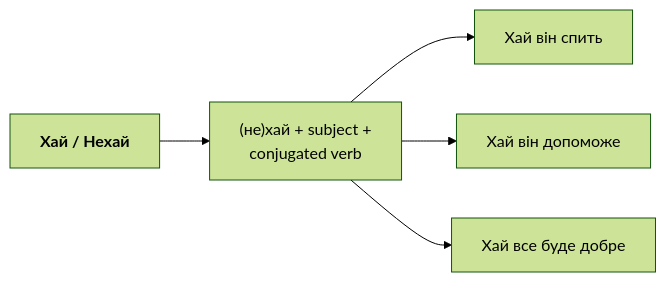
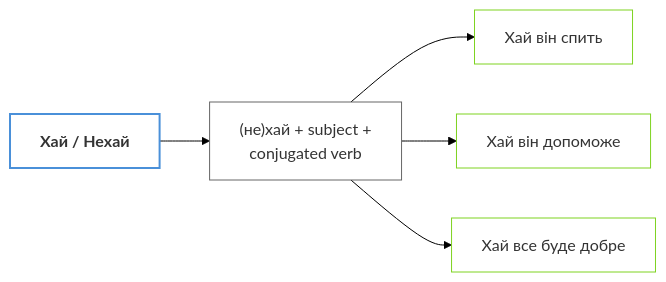
One commit to learn-ukrainian/learn-ukrainian.github.io changed the second of 3 diagrams in curriculum/l2-uk-en/a2/23-complete-imperative.md. Above: the diagram before and after it, drawn with Mermaid (forest theme). The commit also changed other lines of this file and 729 other files, not shown here.

````diff
--- a/curriculum/l2-uk-en/a2/23-complete-imperative.md
+++ b/curriculum/l2-uk-en/a2/23-complete-imperative.md
@@ -144,7 +164,13 @@
 ```mermaid
 flowchart LR
     A["<b>Хай / Нехай</b>"] --> B["(не)хай + subject +<br/>conjugated verb"]
     B --> C["Хай він спить"]
     B --> D["Хай він допоможе"]
     B --> E["Хай все буде добре"]
+
+    style A fill:#fff,stroke:#4a90d9,stroke-width:2px,color:#333
+    style B fill:#fff,stroke:#666,stroke-width:1px,color:#333
+    style C fill:#fff,stroke:#7ed321,stroke-width:1px,color:#333
+    style D fill:#fff,stroke:#7ed321,stroke-width:1px,color:#333
+    style E fill:#fff,stroke:#7ed321,stroke-width:1px,color:#333
 ```
````
